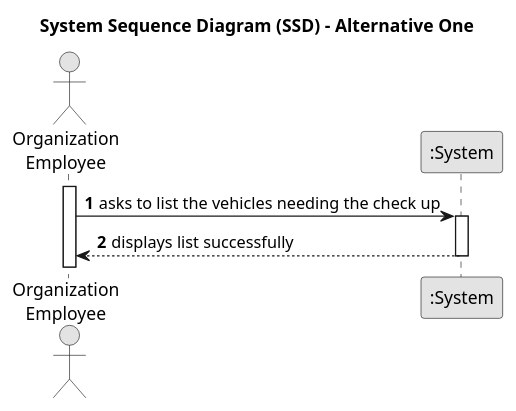
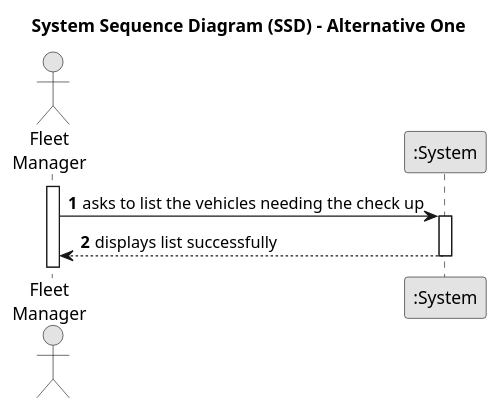
One commit to Departamento-de-Engenharia-Informatica/greenspace-management changed the diagram in docs/sprintA/us008/01.requirements-engineering/puml/us006-system-sequence-diagram-alternative-one.puml. Above: the diagram before and after it, drawn with PlantUML. The commit also changed 1 other file, not shown here.

Commit message:
US08 sequence diagram corrected

```diff
--- a/docs/sprintA/us008/01.requirements-engineering/puml/us006-system-sequence-diagram-alternative-one.puml
+++ b/docs/sprintA/us008/01.requirements-engineering/puml/us006-system-sequence-diagram-alternative-one.puml
@@ -1,21 +1,21 @@
 @startuml
 skinparam monochrome true
 skinparam packageStyle rectangle
 skinparam shadowing false
 
 title System Sequence Diagram (SSD) - Alternative One
 
 autonumber
 
-actor "Organization\nEmployee" as Employee
+actor "Fleet\nManager" as Employee
 participant ":System" as System
 
 activate Employee
 
     Employee -> System : asks to list the vehicles needing the check up
     activate System
 
         System --> Employee : displays list successfully
     deactivate System
 
 @enduml
```
